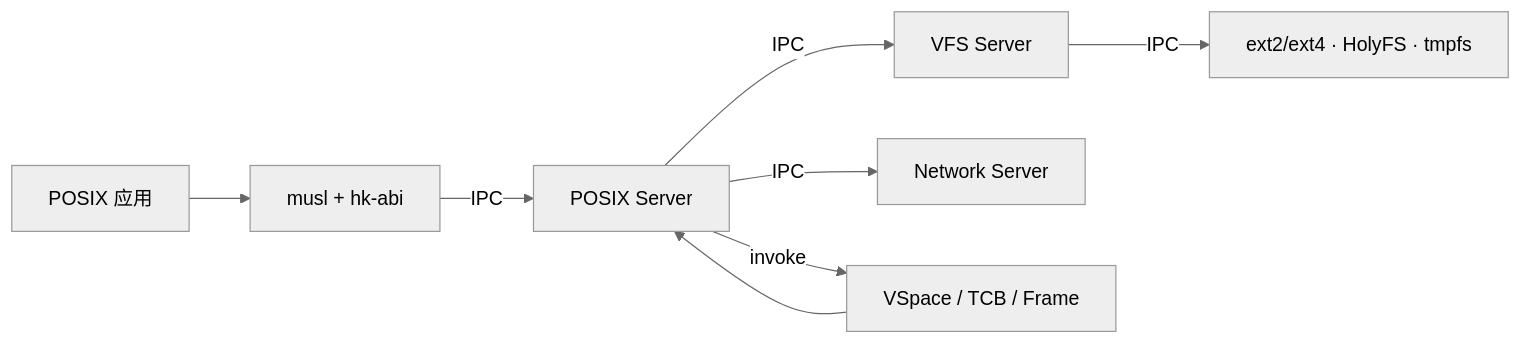
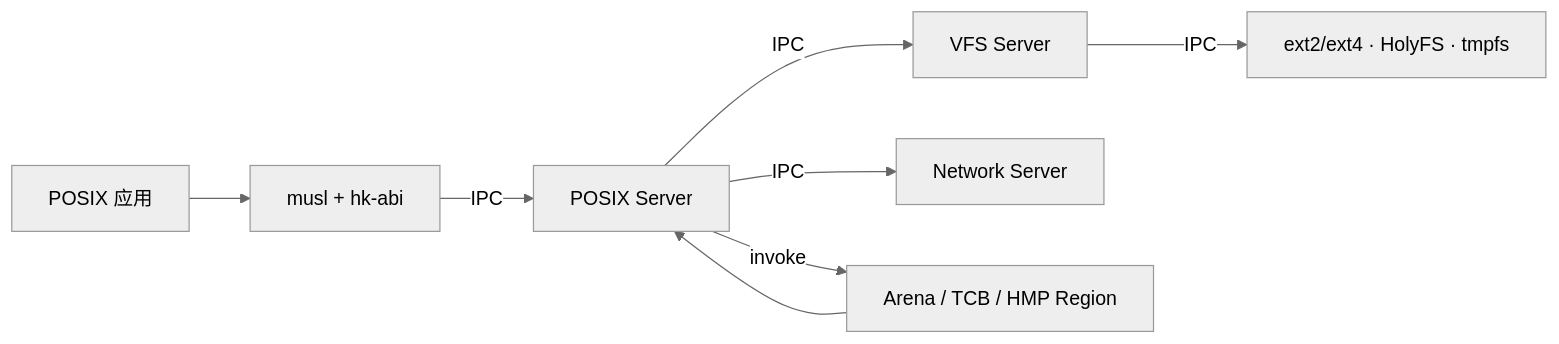
One commit to hongweifei/HolyKernel changed the fourth of 5 diagrams in docs/architecture.md. Above: the diagram before and after it, drawn with Mermaid (neutral theme). The commit also changed other lines of this file and 35 other files, not shown here.

````diff
--- a/docs/architecture.md
+++ b/docs/architecture.md
@@ -232,10 +240,10 @@
 ```mermaid
 flowchart LR
     App["POSIX 应用"] --> Libc["musl + hk-abi"]
     Libc -->|IPC| POSIX["POSIX Server"]
     POSIX -->|IPC| VFS["VFS Server"]
     VFS -->|IPC| FS["ext2/ext4 · HolyFS · tmpfs"]
     POSIX -->|IPC| Net["Network Server"]
-    POSIX -->|invoke| Kernel["VSpace / TCB / Frame"]
+    POSIX -->|invoke| Kernel["Arena / TCB / HMP Region"]
     Kernel --> POSIX
 ```
````
